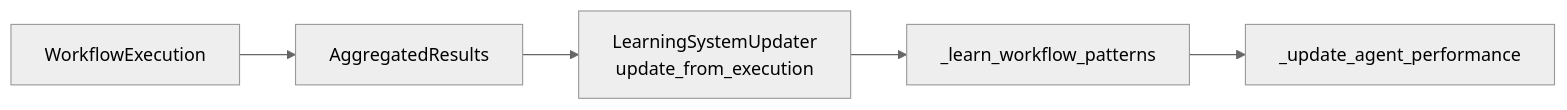
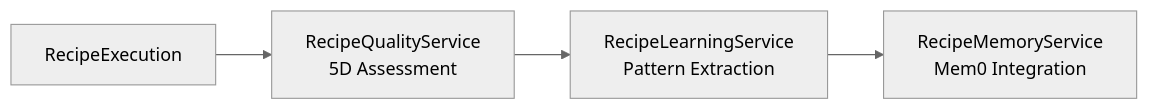
The fourth of 5 diagrams in docs/workflows-recipes/execution-configuration.md (AutomatosAI/automatos-ai), drawn with Mermaid (neutral theme) before and after one commit. The commit also changed other lines of this file and 153 other files, not shown here.

````diff
--- a/docs/workflows-recipes/execution-configuration.md
+++ b/docs/workflows-recipes/execution-configuration.md
@@ -165,7 +143,6 @@
 ```mermaid
 graph LR
-    Exec["WorkflowExecution"] --> Agg["AggregatedResults"]
-    Agg --> Learn["LearningSystemUpdater<br/>update_from_execution"]
-    Learn --> Patterns["_learn_workflow_patterns"]
-    Patterns --> AgentPerf["_update_agent_performance"]
+    Exec["RecipeExecution"] --> Qual["RecipeQualityService<br/>5D Assessment"]
+    Qual --> Learn["RecipeLearningService<br/>Pattern Extraction"]
+    Learn --> Mem["RecipeMemoryService<br/>Mem0 Integration"]
 ```
````
